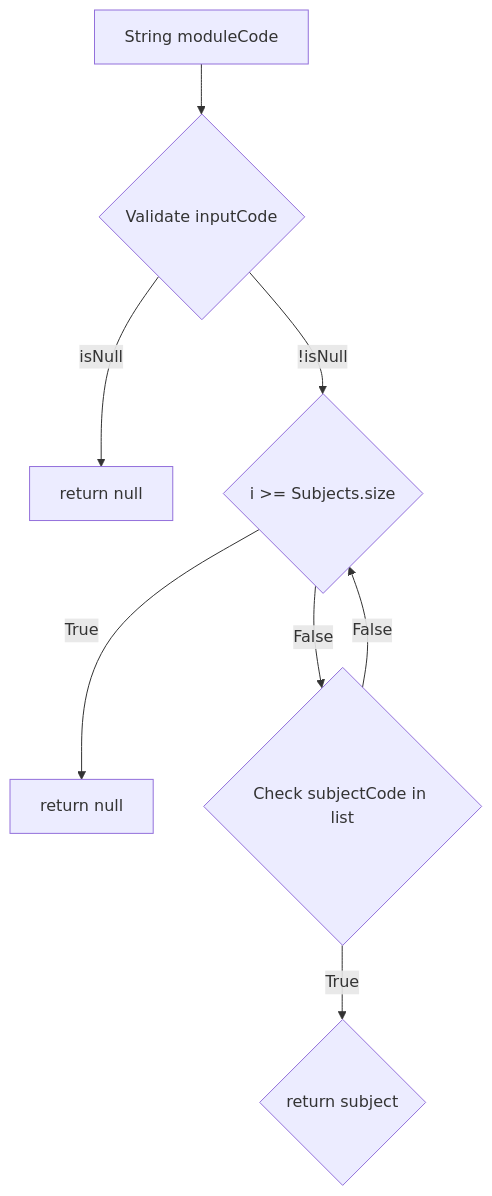
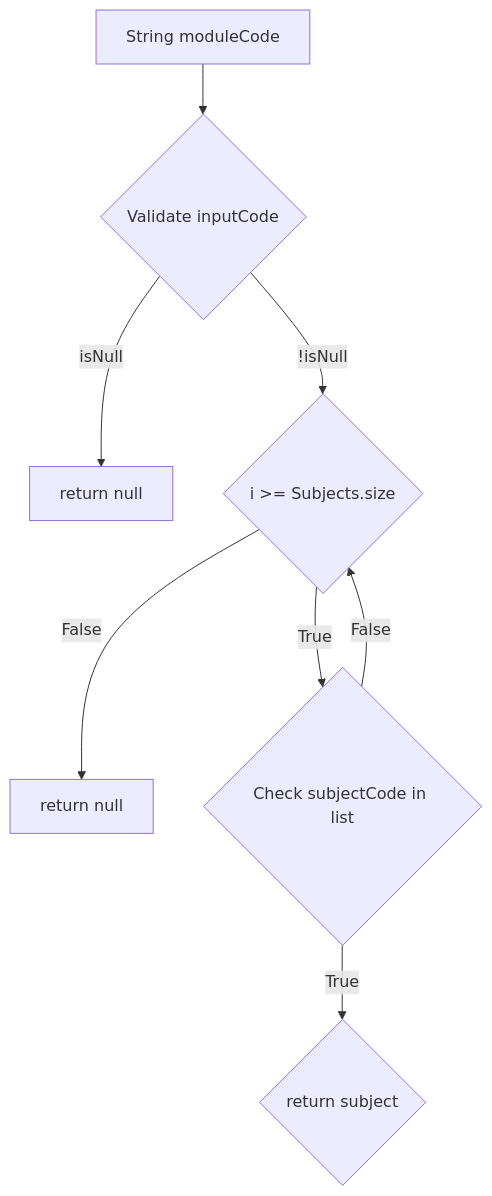
The fourth of 5 diagrams in SchoolSystem/README.md (RockFreakRickerd/SameCodeDifferentLanguagues), drawn with Mermaid before and after one commit. The commit also changed other lines of this file, not shown here.

````diff
--- a/SchoolSystem/README.md
+++ b/SchoolSystem/README.md
@@ -49,10 +49,10 @@
 ```mermaid
 flowchart TD
   A[String moduleCode] --> B{Validate inputCode};
   B -- isNull --> C[return null];
-  B -- !isNull --> D{i >= Subjects.size};
-  D -- True --> E[return null];
-  D -- False --> F{Check subjectCode in list}
+  B -- !isNull --> D{i < Subjects.size};
+  D -- False --> E[return null];
+  D -- True --> F{Check subjectCode in list}
   F -- False --> D{i >= Subjects.size}
   F -- True --> G{return subject};
 ```
````
